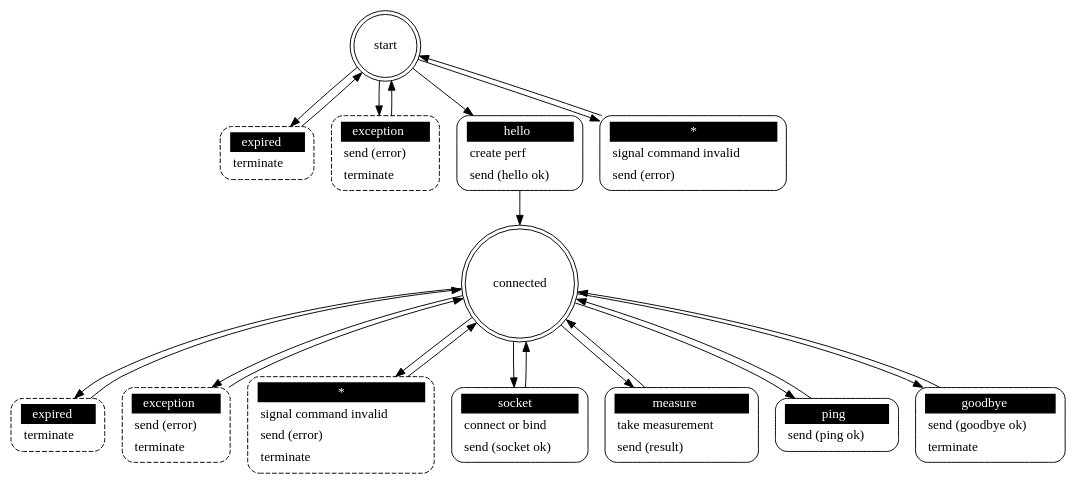
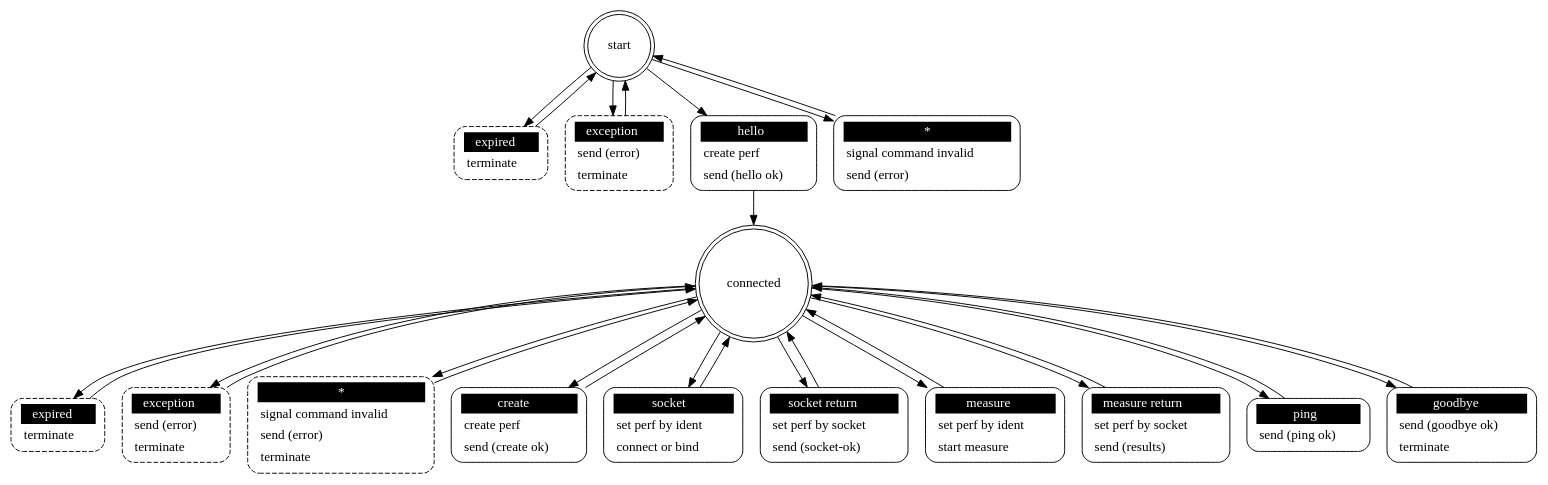
One commit to brettviren/zperfmq changed the diagram in src/zperf_server.dot. Above: the diagram before and after it, drawn with Graphviz. The commit also changed 13 other files, not shown here.

Commit message:
Decouple socket' and measure' call from return

```diff
--- a/src/zperf_server.dot
+++ b/src/zperf_server.dot
@@ -1,40 +1,49 @@
 ## Automatically generated from zperf_server.xml by gsl
 digraph "zperf_server" {
 
  "start" [shape = "doublecircle"];
  "start expired" [shape = "Mrecord" style = dashed label = <<table border="0" cellborder="0" cellpadding="3" bgcolor="white"><tr><td bgcolor="black" align="center" colspan="2"><font color="white">expired</font></td></tr><tr><td align="left" port="r3">terminate</td></tr></table>>];
  "start" -> "start expired";
  "start expired" -> "start";
  "start exception" [shape = "Mrecord" style = dashed label = <<table border="0" cellborder="0" cellpadding="3" bgcolor="white"><tr><td bgcolor="black" align="center" colspan="2"><font color="white">exception</font></td></tr><tr><td align="left" port="r3">send (error)</td></tr><tr><td align="left" port="r3">terminate</td></tr></table>>];
  "start" -> "start exception";
  "start exception" -> "start";
  "start hello" [shape = "Mrecord" style = solid label = <<table border="0" cellborder="0" cellpadding="3" bgcolor="white"><tr><td bgcolor="black" align="center" colspan="2"><font color="white">hello</font></td></tr><tr><td align="left" port="r3">create perf</td></tr><tr><td align="left" port="r3">send (hello ok)</td></tr></table>>];
  "start" -> "start hello";
  "start hello" -> "connected";
  "start *" [shape = "Mrecord" style = solid label = <<table border="0" cellborder="0" cellpadding="3" bgcolor="white"><tr><td bgcolor="black" align="center" colspan="2"><font color="white">*</font></td></tr><tr><td align="left" port="r3">signal command invalid</td></tr><tr><td align="left" port="r3">send (error)</td></tr></table>>];
  "start" -> "start *";
  "start *" -> "start";
 
  "connected" [shape = "doublecircle"];
  "connected expired" [shape = "Mrecord" style = dashed label = <<table border="0" cellborder="0" cellpadding="3" bgcolor="white"><tr><td bgcolor="black" align="center" colspan="2"><font color="white">expired</font></td></tr><tr><td align="left" port="r3">terminate</td></tr></table>>];
  "connected" -> "connected expired";
  "connected expired" -> "connected";
  "connected exception" [shape = "Mrecord" style = dashed label = <<table border="0" cellborder="0" cellpadding="3" bgcolor="white"><tr><td bgcolor="black" align="center" colspan="2"><font color="white">exception</font></td></tr><tr><td align="left" port="r3">send (error)</td></tr><tr><td align="left" port="r3">terminate</td></tr></table>>];
  "connected" -> "connected exception";
  "connected exception" -> "connected";
  "connected *" [shape = "Mrecord" style = dashed label = <<table border="0" cellborder="0" cellpadding="3" bgcolor="white"><tr><td bgcolor="black" align="center" colspan="2"><font color="white">*</font></td></tr><tr><td align="left" port="r3">signal command invalid</td></tr><tr><td align="left" port="r3">send (error)</td></tr><tr><td align="left" port="r3">terminate</td></tr></table>>];
  "connected" -> "connected *";
  "connected *" -> "connected";
- "connected socket" [shape = "Mrecord" style = solid label = <<table border="0" cellborder="0" cellpadding="3" bgcolor="white"><tr><td bgcolor="black" align="center" colspan="2"><font color="white">socket</font></td></tr><tr><td align="left" port="r3">connect or bind</td></tr><tr><td align="left" port="r3">send (socket ok)</td></tr></table>>];
+ "connected create" [shape = "Mrecord" style = solid label = <<table border="0" cellborder="0" cellpadding="3" bgcolor="white"><tr><td bgcolor="black" align="center" colspan="2"><font color="white">create</font></td></tr><tr><td align="left" port="r3">create perf</td></tr><tr><td align="left" port="r3">send (create ok)</td></tr></table>>];
+ "connected" -> "connected create";
+ "connected create" -> "connected";
+ "connected socket" [shape = "Mrecord" style = solid label = <<table border="0" cellborder="0" cellpadding="3" bgcolor="white"><tr><td bgcolor="black" align="center" colspan="2"><font color="white">socket</font></td></tr><tr><td align="left" port="r3">set perf by ident</td></tr><tr><td align="left" port="r3">connect or bind</td></tr></table>>];
  "connected" -> "connected socket";
  "connected socket" -> "connected";
- "connected measure" [shape = "Mrecord" style = solid label = <<table border="0" cellborder="0" cellpadding="3" bgcolor="white"><tr><td bgcolor="black" align="center" colspan="2"><font color="white">measure</font></td></tr><tr><td align="left" port="r3">take measurement</td></tr><tr><td align="left" port="r3">send (result)</td></tr></table>>];
+ "connected socket return" [shape = "Mrecord" style = solid label = <<table border="0" cellborder="0" cellpadding="3" bgcolor="white"><tr><td bgcolor="black" align="center" colspan="2"><font color="white">socket return</font></td></tr><tr><td align="left" port="r3">set perf by socket</td></tr><tr><td align="left" port="r3">send (socket-ok)</td></tr></table>>];
+ "connected" -> "connected socket return";
+ "connected socket return" -> "connected";
+ "connected measure" [shape = "Mrecord" style = solid label = <<table border="0" cellborder="0" cellpadding="3" bgcolor="white"><tr><td bgcolor="black" align="center" colspan="2"><font color="white">measure</font></td></tr><tr><td align="left" port="r3">set perf by ident</td></tr><tr><td align="left" port="r3">start measure</td></tr></table>>];
  "connected" -> "connected measure";
  "connected measure" -> "connected";
+ "connected measure return" [shape = "Mrecord" style = solid label = <<table border="0" cellborder="0" cellpadding="3" bgcolor="white"><tr><td bgcolor="black" align="center" colspan="2"><font color="white">measure return</font></td></tr><tr><td align="left" port="r3">set perf by socket</td></tr><tr><td align="left" port="r3">send (results)</td></tr></table>>];
+ "connected" -> "connected measure return";
+ "connected measure return" -> "connected";
  "connected ping" [shape = "Mrecord" style = solid label = <<table border="0" cellborder="0" cellpadding="3" bgcolor="white"><tr><td bgcolor="black" align="center" colspan="2"><font color="white">ping</font></td></tr><tr><td align="left" port="r3">send (ping ok)</td></tr></table>>];
  "connected" -> "connected ping";
  "connected ping" -> "connected";
  "connected goodbye" [shape = "Mrecord" style = solid label = <<table border="0" cellborder="0" cellpadding="3" bgcolor="white"><tr><td bgcolor="black" align="center" colspan="2"><font color="white">goodbye</font></td></tr><tr><td align="left" port="r3">send (goodbye ok)</td></tr><tr><td align="left" port="r3">terminate</td></tr></table>>];
  "connected" -> "connected goodbye";
  "connected goodbye" -> "connected";
 }
```
